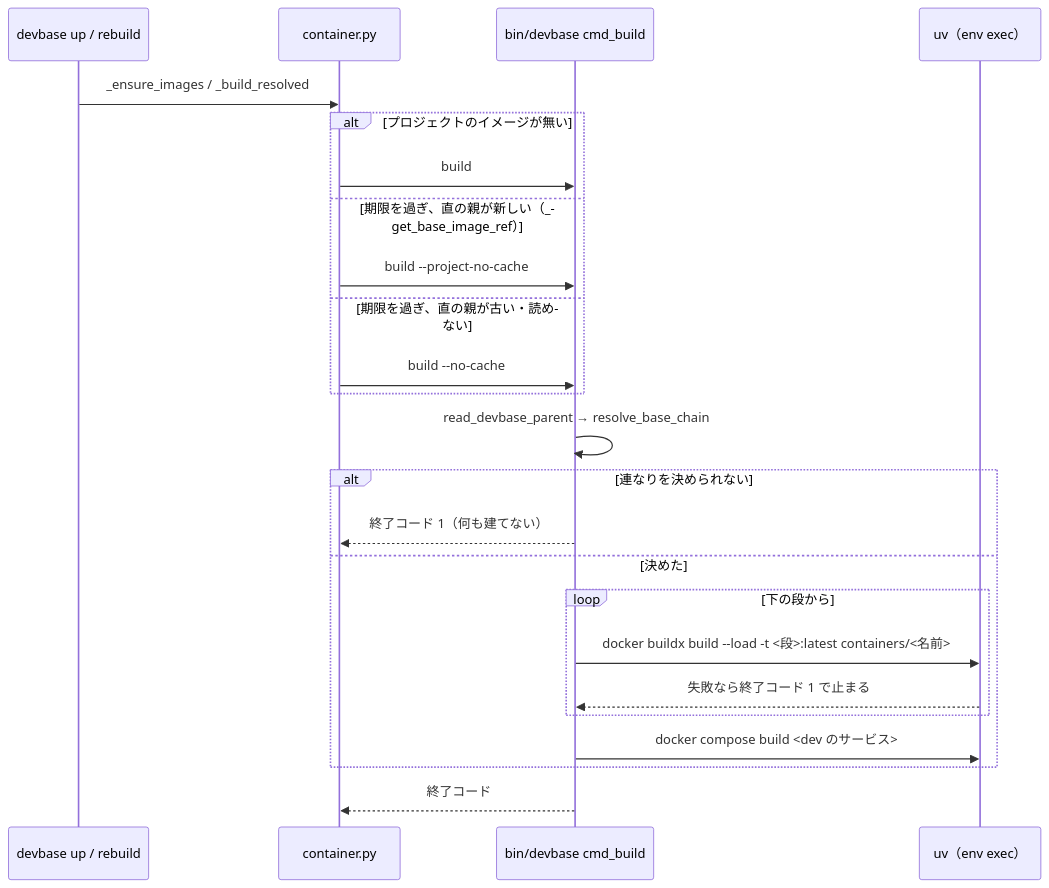
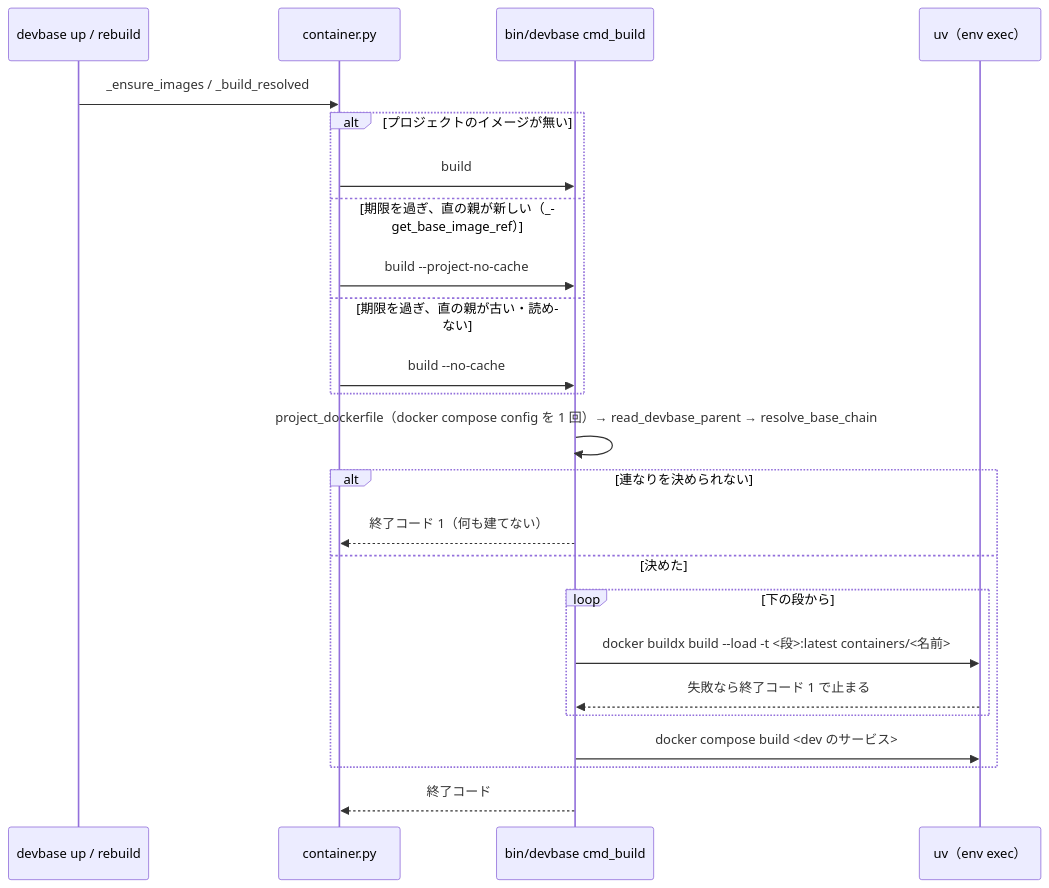
One commit to devbasex/devbase changed the fourth of 4 diagrams in docs/specifications/base-image-chain-build.md. Above: the diagram before and after it, drawn with Mermaid. The commit also changed other lines of this file and 1 other file, not shown here.

Commit message:
docs: 確定仕様と CHANGELOG に、開発サービスの build から Dockerfile を決めることを書く（#415）

````diff
--- a/docs/specifications/base-image-chain-build.md
+++ b/docs/specifications/base-image-chain-build.md
@@ -201,26 +257,26 @@
 ```mermaid
 sequenceDiagram
     participant U as devbase up / rebuild
     participant PY as container.py
     participant SH as bin/devbase cmd_build
     participant UV as uv（env exec）
     U->>PY: _ensure_images / _build_resolved
     alt プロジェクトのイメージが無い
         PY->>SH: build
     else 期限を過ぎ、直の親が新しい（_get_base_image_ref）
         PY->>SH: build --project-no-cache
     else 期限を過ぎ、直の親が古い・読めない
         PY->>SH: build --no-cache
     end
-    SH->>SH: read_devbase_parent → resolve_base_chain
+    SH->>SH: project_dockerfile（docker compose config を 1 回）→ read_devbase_parent → resolve_base_chain
     alt 連なりを決められない
         SH-->>PY: 終了コード 1（何も建てない）
     else 決めた
         loop 下の段から
             SH->>UV: docker buildx build --load -t <段>:latest containers/<名前>
             UV-->>SH: 失敗なら終了コード 1 で止まる
         end
         SH->>UV: docker compose build <dev のサービス>
     end
     SH-->>PY: 終了コード
 ```
````
